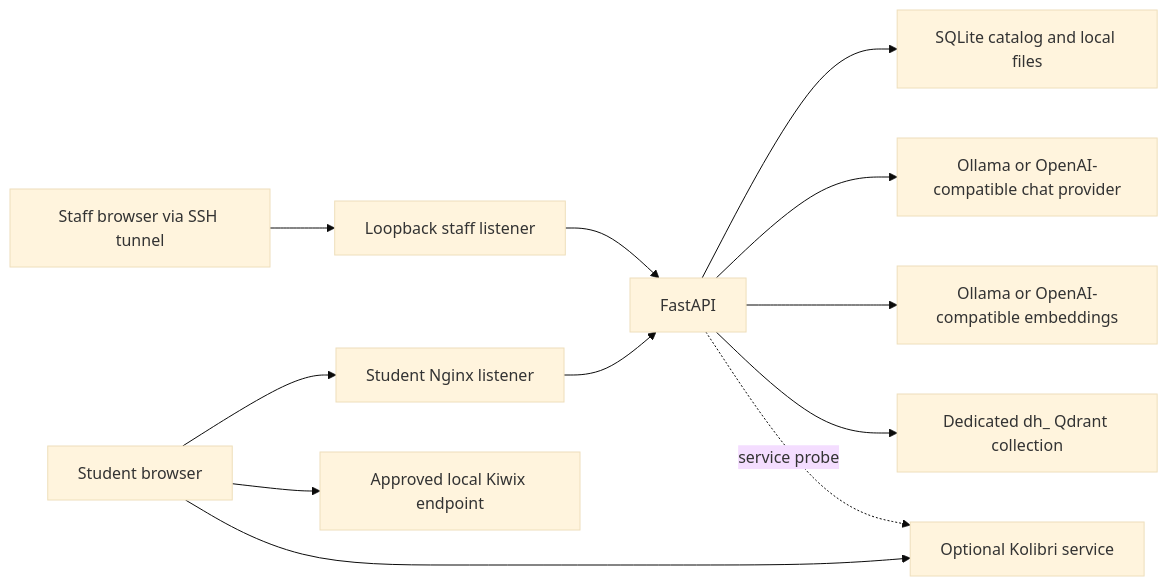
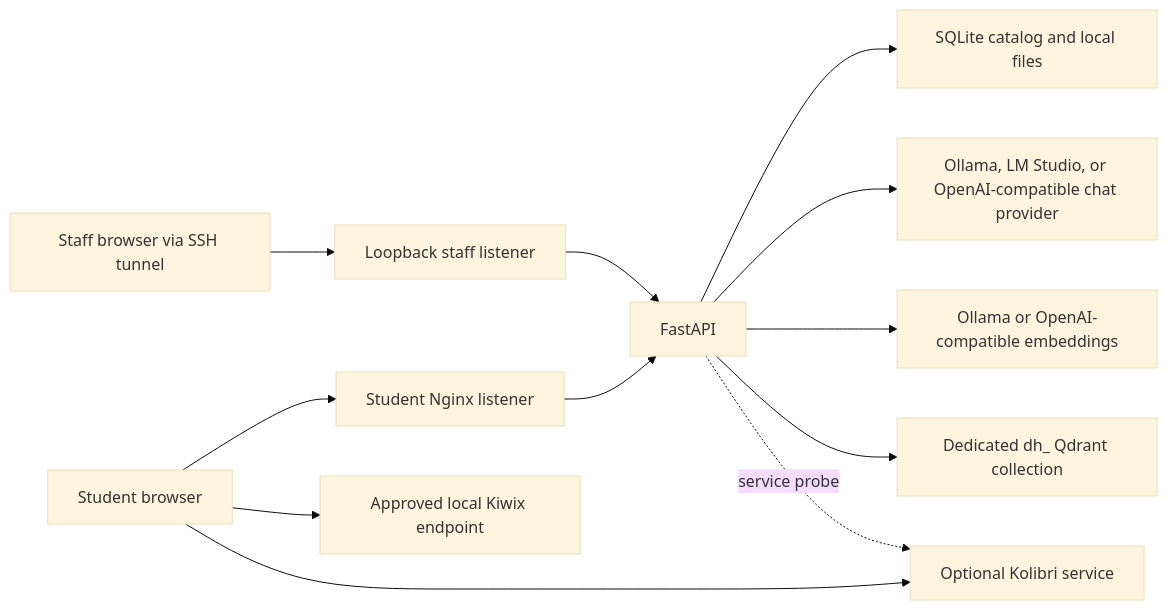
Before and after one commit to apil-khadka/LocalLearning: the diagram in docs/ARCHITECTURE.md, drawn with Mermaid (base theme). The commit also changed other lines of this file and 32 other files, not shown here.

````diff
--- a/docs/ARCHITECTURE.md
+++ b/docs/ARCHITECTURE.md
@@ -9,14 +9,14 @@
 ```mermaid
 flowchart LR
     Student[Student browser] --> Portal[Student Nginx listener]
     Portal --> API[FastAPI]
     Staff[Staff browser via SSH tunnel] --> StaffPortal[Loopback staff listener]
     StaffPortal --> API
     API --> Catalog[SQLite catalog and local files]
-    API --> Chat[Ollama or OpenAI-compatible chat provider]
+    API --> Chat[Ollama, LM Studio, or OpenAI-compatible chat provider]
     API --> Embedder[Ollama or OpenAI-compatible embeddings]
     API --> Qdrant[Dedicated dh_ Qdrant collection]
     Student --> Kiwix[Approved local Kiwix endpoint]
     Student --> Kolibri[Optional Kolibri service]
     API -. service probe .-> Kolibri
 ```
````
